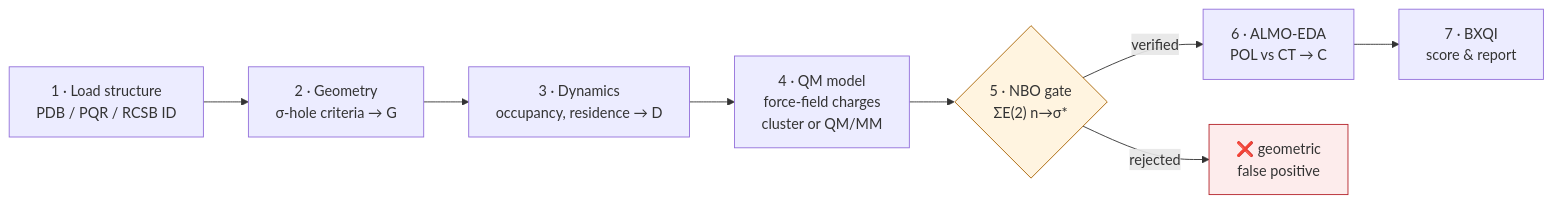
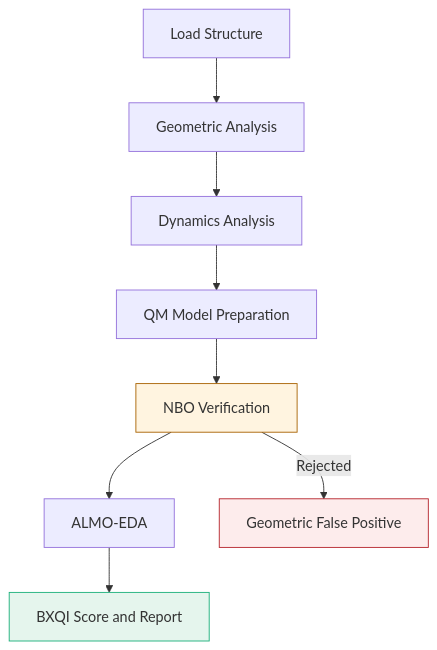
One commit to compchemsk/BondX-Studio changed the diagram in README.md. Above: the diagram before and after it, drawn with Mermaid. The commit also changed other lines of this file, not shown here.

````diff
--- a/README.md
+++ b/README.md
@@ -30,12 +40,15 @@
 ```mermaid
-flowchart LR
-    A["1 · Load structure<br/>PDB / PQR / RCSB ID"] --> B["2 · Geometry<br/>σ-hole criteria → G"]
-    B --> C["3 · Dynamics<br/>occupancy, residence → D"]
-    C --> D["4 · QM model<br/>force-field charges<br/>cluster or QM/MM"]
-    D --> E{"5 · NBO gate<br/>ΣE(2) n→σ*"}
-    E -- verified --> F["6 · ALMO-EDA<br/>POL vs CT → C"]
-    E -- rejected --> X["❌ geometric<br/>false positive"]
-    F --> G["7 · BXQI<br/>score & report"]
+flowchart TD
+    A["Load Structure"] --> B["Geometric Analysis"]
+    B --> C["Dynamics Analysis"]
+    C --> D["QM Model Preparation"]
+    D --> E["NBO Verification"]
+    E --> F["ALMO-EDA"]
+    F --> G["BXQI Score and Report"]
+
+    E -->|Rejected| H["Geometric False Positive"]
+
     style E fill:#fff4e0,stroke:#a86200
-    style X fill:#fdecec,stroke:#b4232a
+    style H fill:#fdecec,stroke:#b4232a
+    style G fill:#e5f5ed,stroke:#1baf7a
 ```
````
